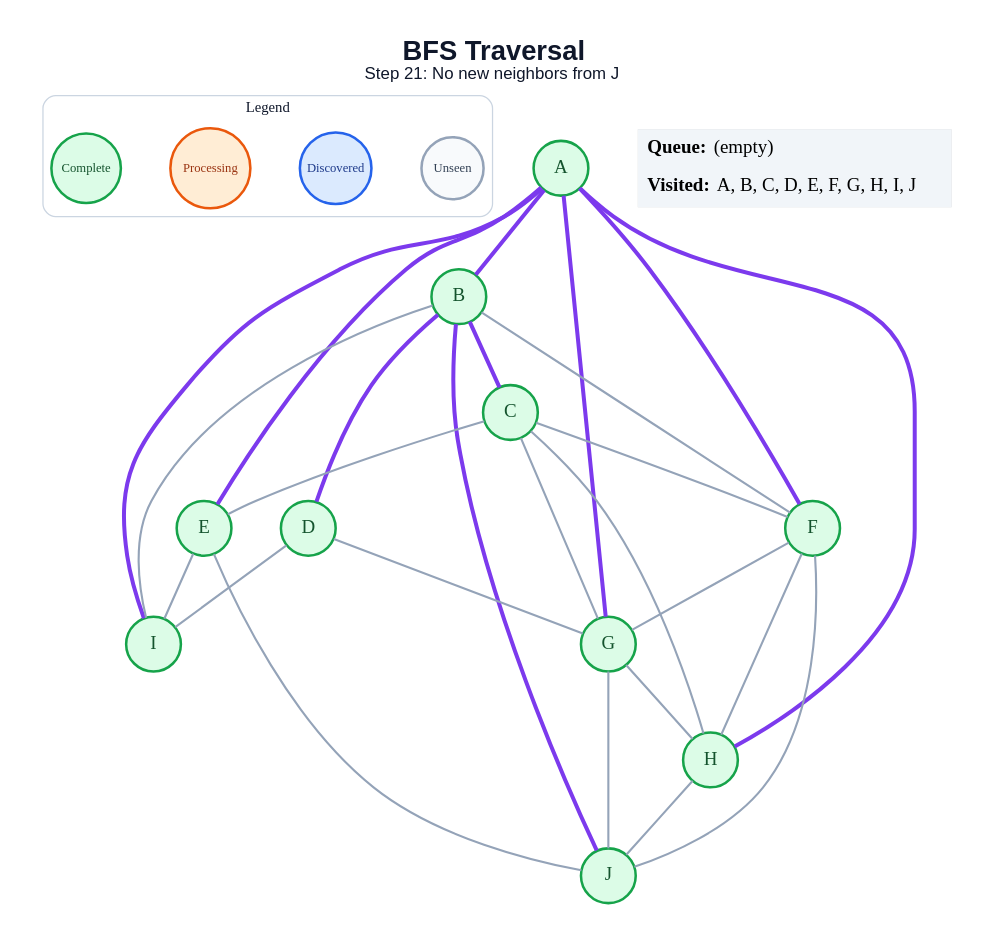
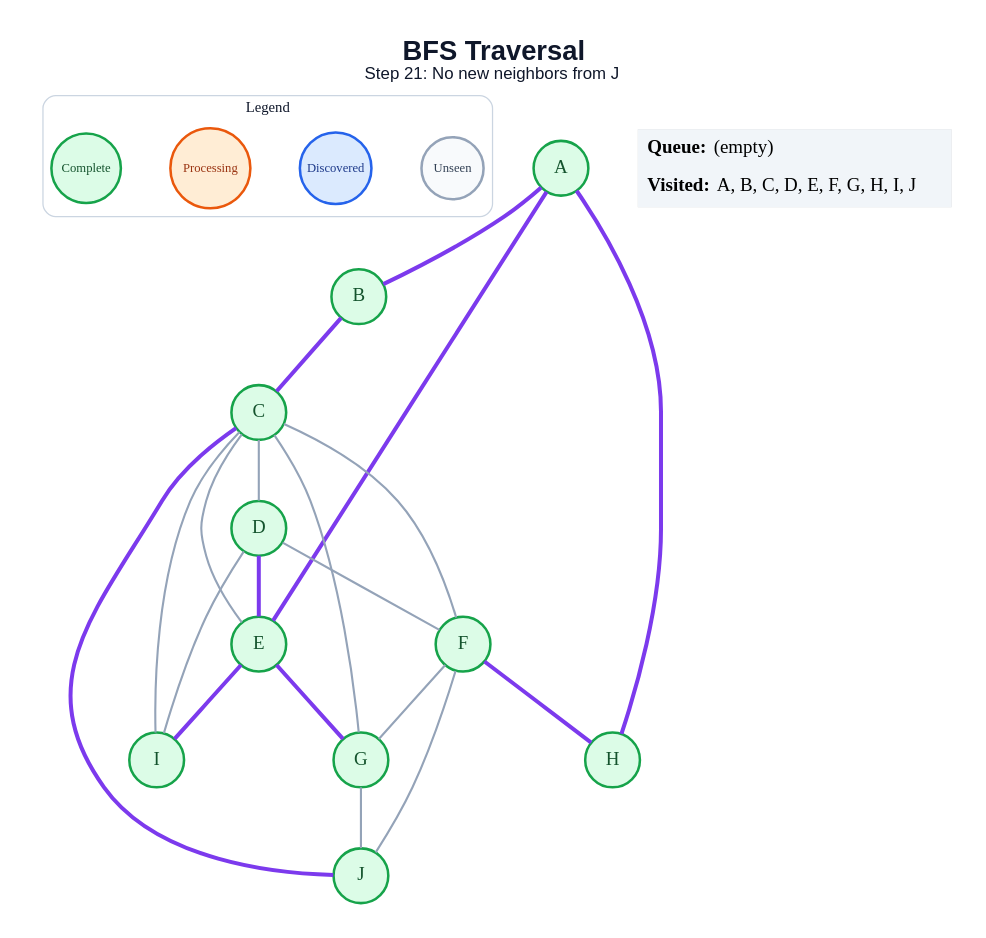
The diagram in generated/bfs/step_21.dot (anon7238593-create/ai-slop), drawn with Graphviz before and after one commit. The commit also changed 178 other files, not shown here.

```diff
--- a/generated/bfs/step_21.dot
+++ b/generated/bfs/step_21.dot
@@ -1,54 +1,48 @@
 graph traversal {
   graph [layout=dot, rankdir=TB, bgcolor="#FFFFFF", pad="0.35", nodesep="0.65", ranksep="0.8", fontname="Arial"];
   node [shape=circle, style="filled", fontname="Arial Bold", fontsize=18, width=0.72, fixedsize=true, penwidth=2.4];
   edge [color="#94A3B8", penwidth=2.0];
   label=<<B>BFS Traversal</B><BR/><FONT POINT-SIZE="16">Step 21: No new neighbors from J</FONT>>; labelloc="t"; fontsize=26; fontname="Arial"; fontcolor="#0F172A";
   subgraph cluster_legend { label="Legend"; color="#CBD5E1"; penwidth=1.2; style="rounded"; fontsize=14; fontname="Arial Bold";
     key_unseen [label="Unseen", fillcolor="#F8FAFC", color="#94A3B8", fontcolor="#334155", fontsize=12, width=0.82];
     key_frontier [label="Discovered", fillcolor="#DBEAFE", color="#2563EB", fontcolor="#1E3A8A", fontsize=12, width=0.95];
     key_current [label="Processing", fillcolor="#FFEDD5", color="#EA580C", fontcolor="#9A3412", fontsize=12, width=1.05];
     key_done [label="Complete", fillcolor="#DCFCE7", color="#16A34A", fontcolor="#14532D", fontsize=12, width=0.92];
     { rank=same; key_unseen; key_frontier; key_current; key_done; }
   }
   A [fillcolor="#DCFCE7", color="#16A34A", fontcolor="#14532D"];
   B [fillcolor="#DCFCE7", color="#16A34A", fontcolor="#14532D"];
   C [fillcolor="#DCFCE7", color="#16A34A", fontcolor="#14532D"];
   D [fillcolor="#DCFCE7", color="#16A34A", fontcolor="#14532D"];
   E [fillcolor="#DCFCE7", color="#16A34A", fontcolor="#14532D"];
   F [fillcolor="#DCFCE7", color="#16A34A", fontcolor="#14532D"];
   G [fillcolor="#DCFCE7", color="#16A34A", fontcolor="#14532D"];
   H [fillcolor="#DCFCE7", color="#16A34A", fontcolor="#14532D"];
   I [fillcolor="#DCFCE7", color="#16A34A", fontcolor="#14532D"];
   J [fillcolor="#DCFCE7", color="#16A34A", fontcolor="#14532D"];
   A -- B [color="#7C3AED", penwidth=3.8];
   A -- E [color="#7C3AED", penwidth=3.8];
-  A -- F [color="#7C3AED", penwidth=3.8];
-  A -- G [color="#7C3AED", penwidth=3.8];
   A -- H [color="#7C3AED", penwidth=3.8];
-  A -- I [color="#7C3AED", penwidth=3.8];
   B -- C [color="#7C3AED", penwidth=3.8];
-  B -- D [color="#7C3AED", penwidth=3.8];
-  B -- F;
-  B -- I;
-  B -- J [color="#7C3AED", penwidth=3.8];
+  C -- D;
   C -- E;
   C -- F;
   C -- G;
-  C -- H;
-  D -- G;
+  C -- I;
+  C -- J [color="#7C3AED", penwidth=3.8];
+  D -- E [color="#7C3AED", penwidth=3.8];
+  D -- F;
   D -- I;
-  E -- I;
-  E -- J;
+  E -- G [color="#7C3AED", penwidth=3.8];
+  E -- I [color="#7C3AED", penwidth=3.8];
   F -- G;
-  F -- H;
+  F -- H [color="#7C3AED", penwidth=3.8];
   F -- J;
-  G -- H;
   G -- J;
-  H -- J;
   status [shape=plain, fixedsize=false, width=0, height=0, margin=0, label=<
     <TABLE BORDER="0" CELLBORDER="0" CELLPADDING="7" BGCOLOR="#F1F5F9">
       <TR><TD ALIGN="LEFT"><B>Queue:</B> (empty)</TD></TR>
       <TR><TD ALIGN="LEFT"><B>Visited:</B> A, B, C, D, E, F, G, H, I, J</TD></TR>
     </TABLE>
   >];
 }
```
